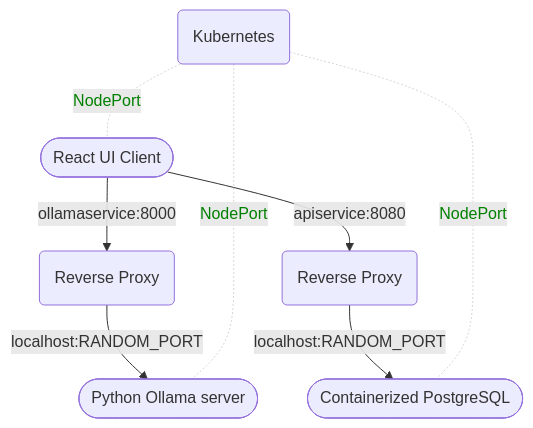
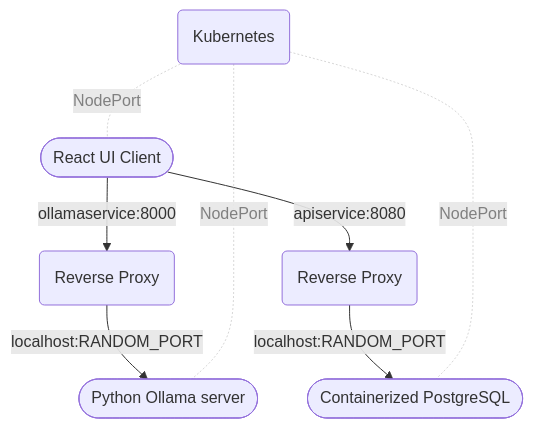
One commit to CynicDog/CynicDog.github.io changed the second of 2 diagrams in _posts/2024-07-31-azure-aspire-with-containerized-ollama.md. Above: the diagram before and after it, drawn with Mermaid.

````diff
--- a/_posts/2024-07-31-azure-aspire-with-containerized-ollama.md
+++ b/_posts/2024-07-31-azure-aspire-with-containerized-ollama.md
@@ -140,13 +140,13 @@
 ```mermaid
 flowchart TD
     
     A([React UI Client]) --> |ollamaservice:8000| B(Reverse Proxy)
     B --> |localhost:RANDOM_PORT| E([Python Ollama server])
     A --> |apiservice:8080| C(Reverse Proxy)
     C --> |localhost:RANDOM_PORT| D([Containerized PostgreSQL])
     F(Kubernetes) -. NodePort .- A 
     F -. NodePort .- D
     F -. NodePort .- E 
 
-    linkStyle 4,5,6 stroke-width:.2px,color:green;
+    linkStyle 4,5,6 stroke-width:.2px,color:grey;
 ```
````
